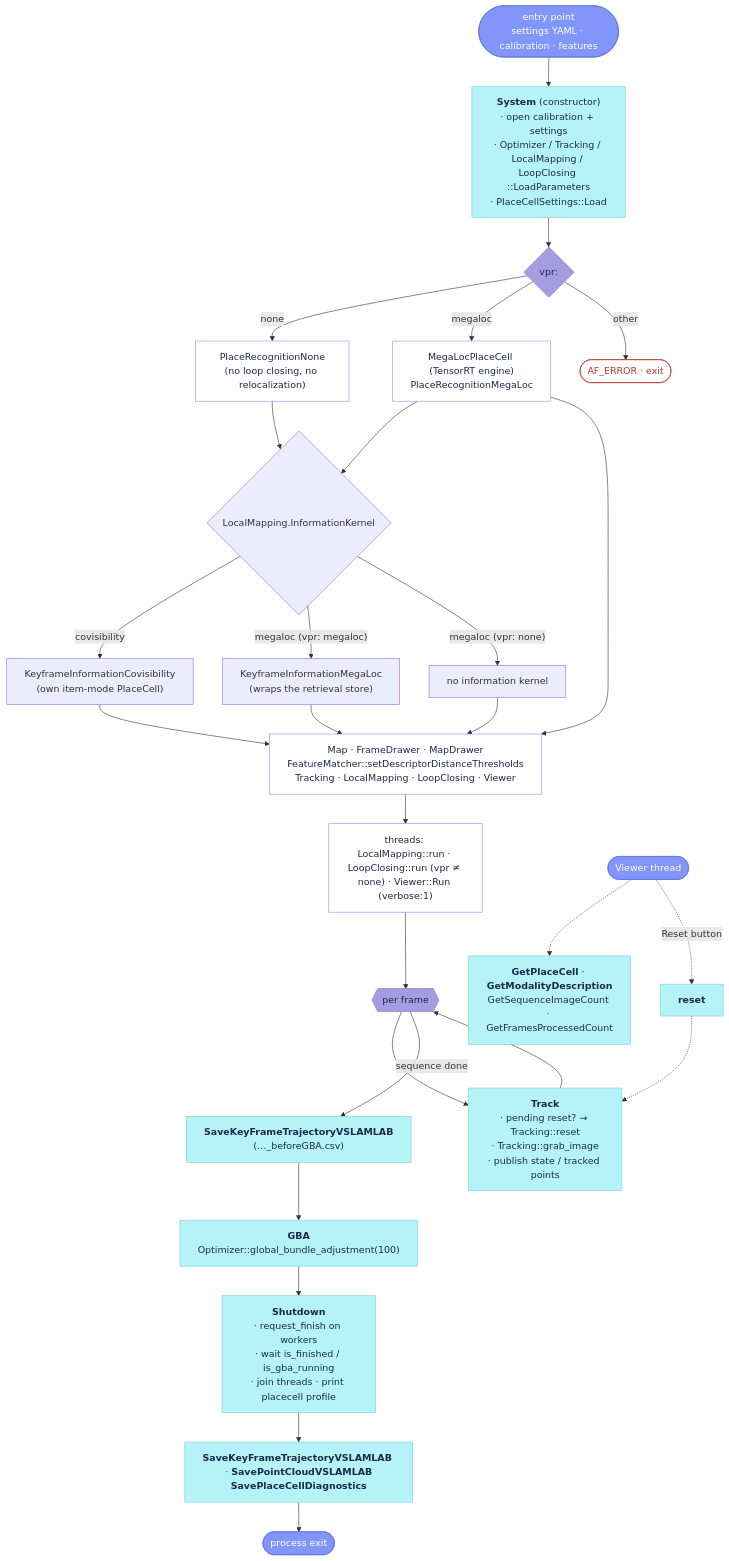
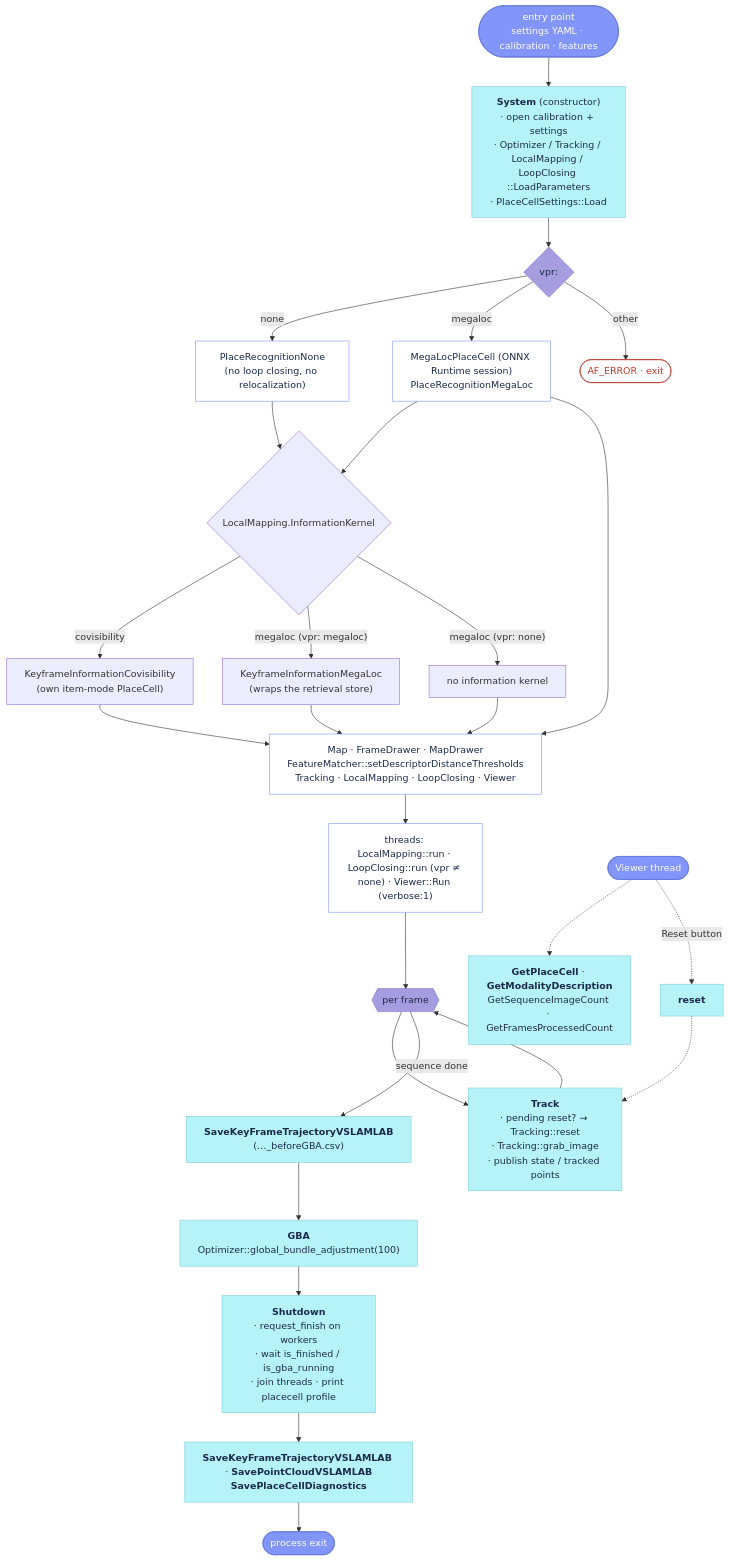
Before and after one commit to alejandrofontan/AllFeature-VSLAM: the diagram in docs/reference/System.md, drawn with Mermaid. The commit also changed other lines of this file and 14 other files, not shown here.

Commit message:
MegaLoc on ONNX Runtime: ALLFEATURE_WITH_MEGALOC + backend option, onnxruntime-cpp in every env, megaloc_provider/threads/coreml_units settings, placecell pointer; plan docs/plans/megaloc_onnxruntime.md

````diff
--- a/docs/reference/System.md
+++ b/docs/reference/System.md
@@ -21,47 +21,47 @@
 ```mermaid
 flowchart TD
     CLI(["entry point<br/>settings YAML · calibration · features"]) --> CTOR["<b>System</b> (constructor)<br/>· open calibration + settings<br/>· Optimizer / Tracking / LocalMapping / LoopClosing ::LoadParameters<br/>· PlaceCellSettings::Load"]
     CTOR --> VPRSEL{vpr:}
     VPRSEL -- none --> PRN["PlaceRecognitionNone<br/>(no loop closing, no relocalization)"]
-    VPRSEL -- megaloc --> PRM["MegaLocPlaceCell (TensorRT engine)<br/>PlaceRecognitionMegaLoc"]
+    VPRSEL -- megaloc --> PRM["MegaLocPlaceCell (ONNX Runtime session)<br/>PlaceRecognitionMegaLoc"]
     VPRSEL -- other --> ERR([AF_ERROR · exit])
     PRM --> KI{"LocalMapping.InformationKernel"}
     PRN --> KI
     KI -- covisibility --> KIC["KeyframeInformationCovisibility<br/>(own item-mode PlaceCell)"]
     KI -- "megaloc (vpr: megaloc)" --> KIM["KeyframeInformationMegaLoc<br/>(wraps the retrieval store)"]
     KI -- "megaloc (vpr: none)" --> KIN["no information kernel"]
     KIC --> WIRE
     KIM --> WIRE
     KIN --> WIRE
     PRM --> WIRE["Map · FrameDrawer · MapDrawer<br/>FeatureMatcher::setDescriptorDistanceThresholds<br/>Tracking · LocalMapping · LoopClosing · Viewer"]
     WIRE --> THR["threads: LocalMapping::run · LoopClosing::run (vpr ≠ none) · Viewer::Run (verbose:1)"]
     THR --> LOOP{{"per frame"}}
     LOOP --> TRACK["<b>Track</b><br/>· pending reset? → Tracking::reset<br/>· Tracking::grab_image<br/>· publish state / tracked points"]
     TRACK --> LOOP
     LOOP -- sequence done --> SAVE1["<b>SaveKeyFrameTrajectoryVSLAMLAB</b><br/>(…_beforeGBA.csv)"] --> GBA["<b>GBA</b><br/>Optimizer::global_bundle_adjustment(100)"] --> SD["<b>Shutdown</b><br/>· request_finish on workers<br/>· wait is_finished / is_gba_running<br/>· join threads · print placecell profile"]
     SD --> SAVE2["<b>SaveKeyFrameTrajectoryVSLAMLAB</b> · <b>SavePointCloudVSLAMLAB</b><br/><b>SavePlaceCellDiagnostics</b>"] --> DONE([process exit])
     VIEW([Viewer thread]) -.-> Q["<b>GetPlaceCell</b> · <b>GetModalityDescription</b><br/>GetSequenceImageCount · GetFramesProcessedCount"]
     VIEW -. Reset button .-> RST["<b>reset</b>"] -.-> TRACK
 
     click CTOR "#system"
     click TRACK "#track"
     click SAVE1 "#savekeyframetrajectoryvslamlab"
     click GBA "#gba"
     click SD "#shutdown"
     click SAVE2 "#savepointcloudvslamlab"
     click Q "#getplacecell"
     click RST "#reset"
 
     %% VSLAM-LAB logo squares: cyan #b5f3f9, periwinkle #8195fb, lavender #a59ddf
     classDef entry fill:#8195fb,stroke:#5f74d6,color:#fff
     classDef step fill:#b5f3f9,stroke:#7fcfd8,color:#1b2a4a
     classDef check fill:#a59ddf,stroke:#7e75c4,color:#1b2a4a
     classDef cmd fill:#fff,stroke:#8195fb,color:#1b2a4a
     classDef stop fill:#fff,stroke:#c0392b,color:#c0392b
 
     class CLI,VIEW,DONE entry
     class CTOR,TRACK,SAVE1,GBA,SD,SAVE2,Q,RST step
     class VPRSEL,LOOP check
     class PRN,PRM,WIRE,THR cmd
     class ERR stop
 ```
````
